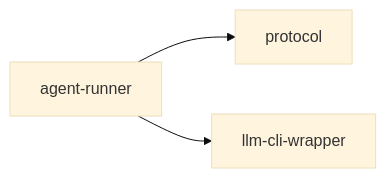
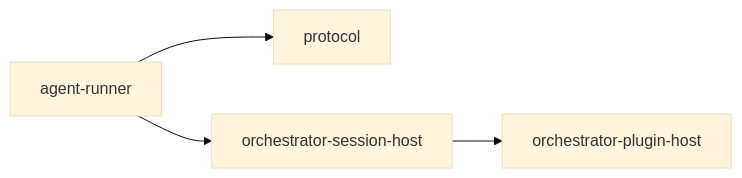
Before and after one commit to launchapp-dev/ao-cli: the second of 2 diagrams in crates/agent-runner/README.md, drawn with Mermaid (base theme). The commit also changed other lines of this file and 27 other files, not shown here.

````diff
--- a/crates/agent-runner/README.md
+++ b/crates/agent-runner/README.md
@@ -109,9 +109,11 @@
 ```mermaid
 graph LR
     AR["agent-runner"]
     PROTO["protocol"]
-    WRAP["llm-cli-wrapper"]
+    SESSION["orchestrator-session-host"]
+    PHOST["orchestrator-plugin-host"]
 
     AR --> PROTO
-    AR --> WRAP
+    AR --> SESSION
+    SESSION --> PHOST
 ```
````
